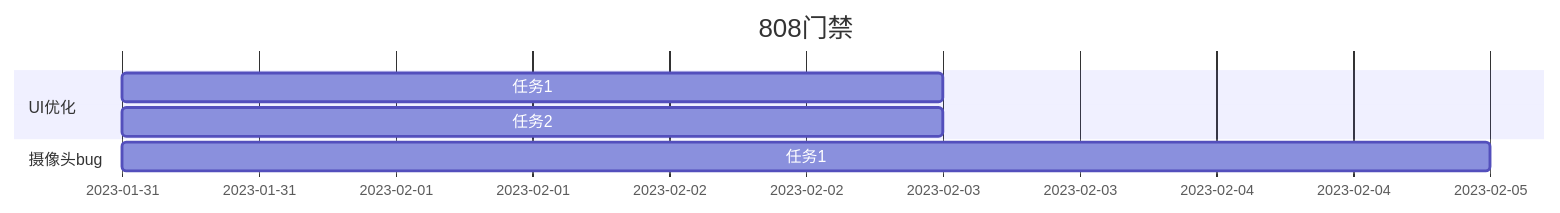
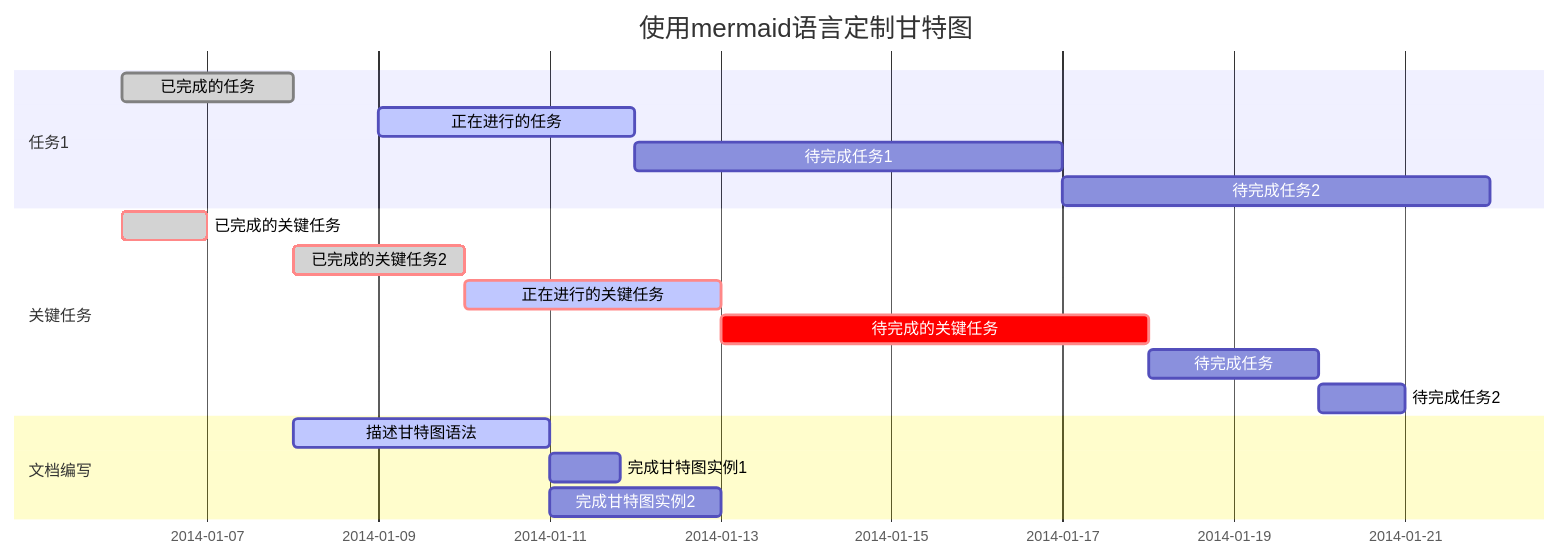
Before and after one commit to lxowalle/lxowalle.github.io: the diagram in source/_posts/用markdown画甘特图.md, drawn with Mermaid.

````diff
--- a/source/_posts/用markdown画甘特图.md
+++ b/source/_posts/用markdown画甘特图.md
@@ -9,10 +9,24 @@
 ```mermaid
-gantt
-title 808门禁
-dateFormat YYYY-MM-DD
-section UI优化
-任务1	: a1, 2023-01-31, 3d
-任务2 : a2, 2023-01-31, 3d
-section 摄像头bug
-任务1:a1, 2023-01-31, 5d
+gantt         
+dateFormat  YYYY-MM-DD   
+title 使用mermaid语言定制甘特图
+
+section 任务1
+已完成的任务		 :done,    des1, 2014-01-06,2014-01-08
+正在进行的任务	    :active,  des2, 2014-01-09, 3d
+待完成任务1		  :         des3, after des2, 5d
+待完成任务2 		  :         des4, after des3, 5d
+
+section 关键任务
+已完成的关键任务 	:crit, done, 2014-01-06,24h
+已完成的关键任务2    :crit, done, after des1, 2d
+正在进行的关键任务   :crit, active, 3d
+待完成的关键任务     :crit, 5d
+待完成任务          :2d
+待完成任务2         :1d
+
+section 文档编写
+描述甘特图语法       :active, a1, after des1, 3d
+完成甘特图实例1      :after a1  , 20h
+完成甘特图实例2      :doc1, after a1  , 48h
 ```
````
